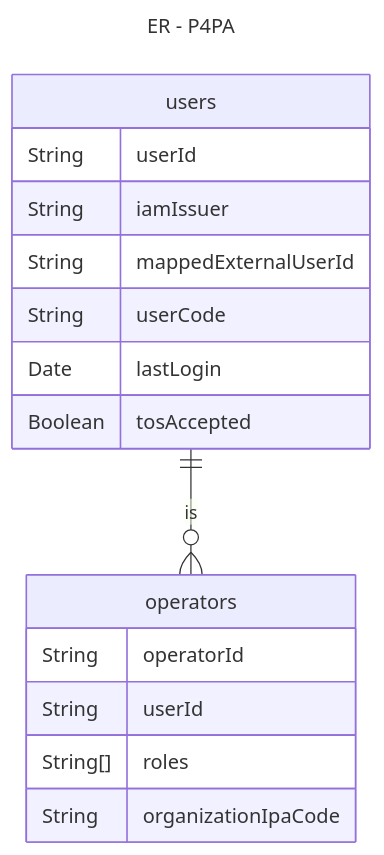
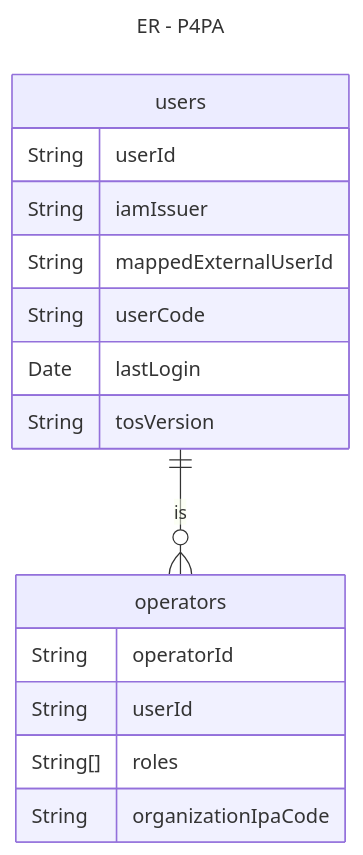
The diagram in design/auth/entityRelationship-p4pa.mmd (pagopa/p4pa-doc), drawn with Mermaid before and after one commit. The commit also changed 2 other files, not shown here.

```diff
--- a/design/auth/entityRelationship-p4pa.mmd
+++ b/design/auth/entityRelationship-p4pa.mmd
@@ -1,21 +1,21 @@
 ---
 title: ER - P4PA
 ---
 erDiagram
     users {
         String userId
         String iamIssuer
         String mappedExternalUserId
         String userCode
         Date lastLogin
-        Boolean tosAccepted
+        String tosVersion
     }
 
     operators {
         String operatorId
         String userId
         String[] roles
         String organizationIpaCode
     }
 
     users ||--o{ operators : is
```
